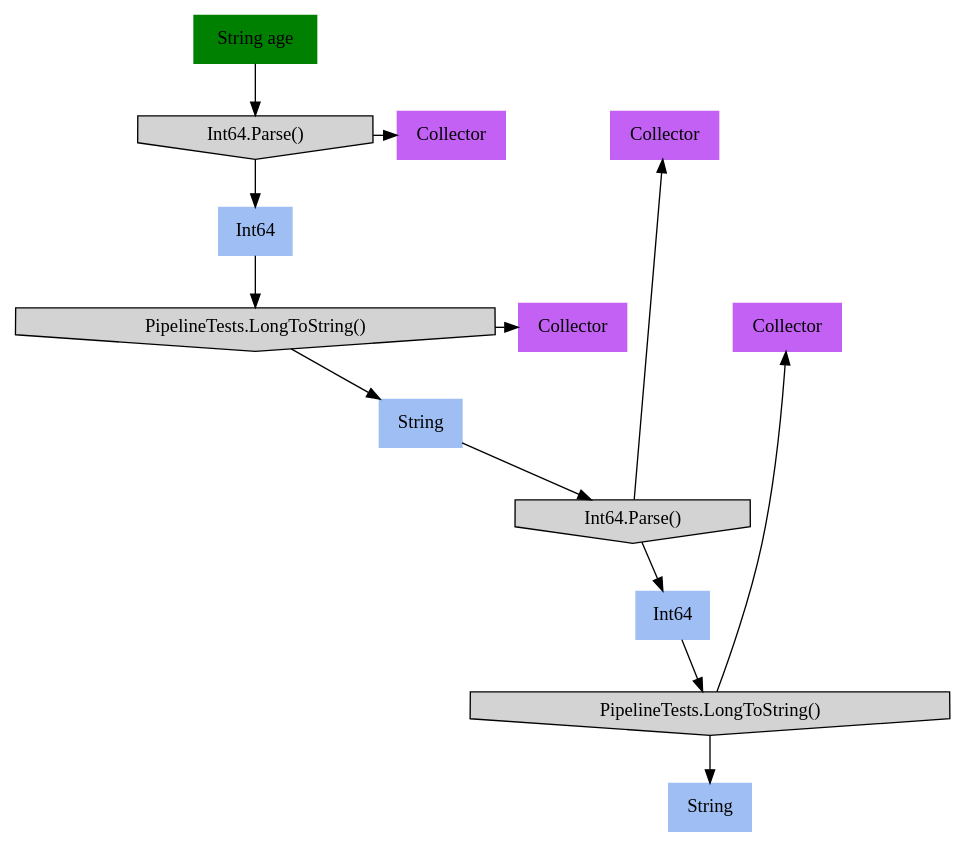
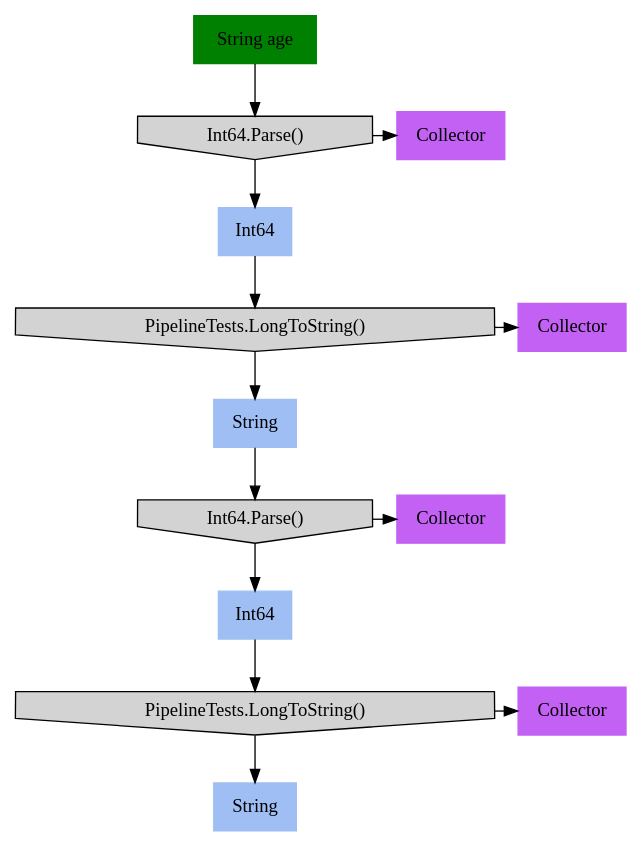
Before and after one commit to refactoring-pipelines/Pipelines: the diagram in Pipelines.Test/PipelineTests.ConnectedPipelinesTest.approved.dot, drawn with Graphviz. The commit also changed 1 other file, not shown here.

Commit message:
Fix layout of Collector to use the unique name

```diff
--- a/Pipelines.Test/PipelineTests.ConnectedPipelinesTest.approved.dot
+++ b/Pipelines.Test/PipelineTests.ConnectedPipelinesTest.approved.dot
@@ -1,31 +1,31 @@
 digraph G { node [style=filled, shape=rec]
 
 # Nodes
 "String age" -> "Int64.Parse()" -> {"Int64", "Collector"}
 "Int64" -> "PipelineTests.LongToString()" -> {"String", "Collector 1"}
 "String" -> "Int64.Parse() 1" -> {"Int64 1", "Collector 2"}
 "Int64 1" -> "PipelineTests.LongToString() 1" -> {"String 1", "Collector 3"}
 
 
 # Formatting
 "String age" [color=green]
 "Int64" [color="#9fbff4"]
 "Int64.Parse()" [shape=invhouse]
 "Collector" [color = "#c361f4"]
 "String" [color="#9fbff4"]
 "PipelineTests.LongToString()" [shape=invhouse]
 "Collector 1" [label=Collector, color = "#c361f4"]
 "Int64 1" [label="Int64", color="#9fbff4"]
 "Int64.Parse() 1" [label="Int64.Parse()", shape=invhouse]
 "Collector 2" [label=Collector, color = "#c361f4"]
 "String 1" [label="String", color="#9fbff4"]
 "PipelineTests.LongToString() 1" [label="PipelineTests.LongToString()", shape=invhouse]
 "Collector 3" [label=Collector, color = "#c361f4"]
 
 { rank=same; "Int64.Parse()", "Collector"}
 { rank=same; "PipelineTests.LongToString()", "Collector 1"}
-{ rank=same; "Int64.Parse()", "Collector 2"}
-{ rank=same; "PipelineTests.LongToString()", "Collector 3"}
+{ rank=same; "Int64.Parse() 1", "Collector 2"}
+{ rank=same; "PipelineTests.LongToString() 1", "Collector 3"}
 
 
 }
```
